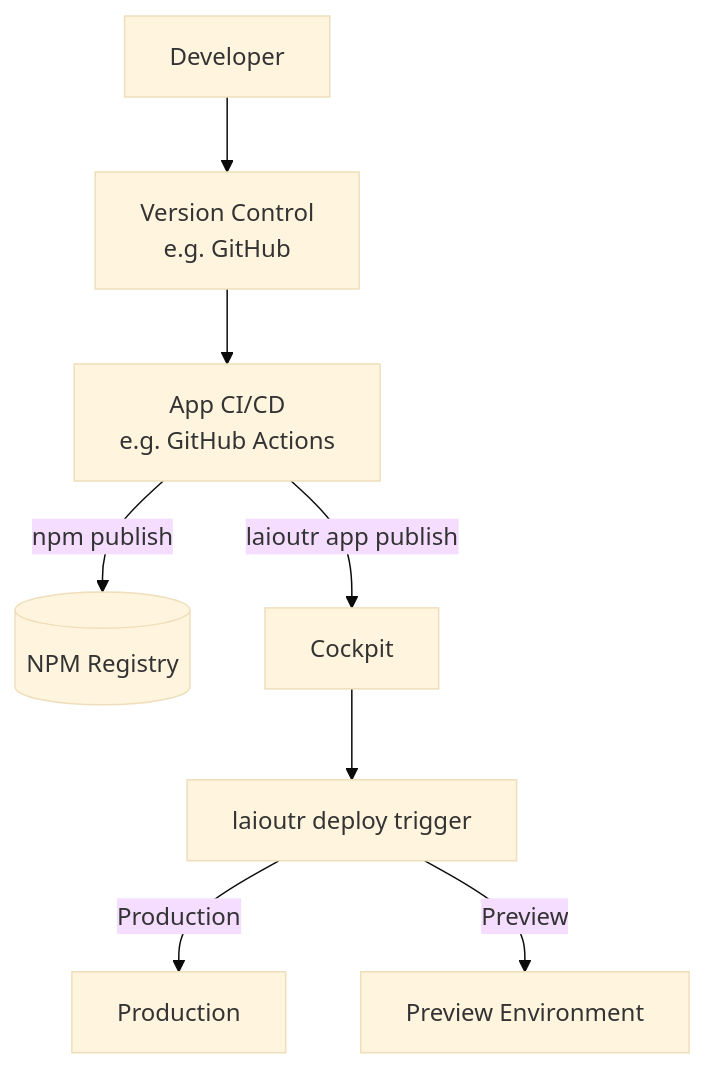
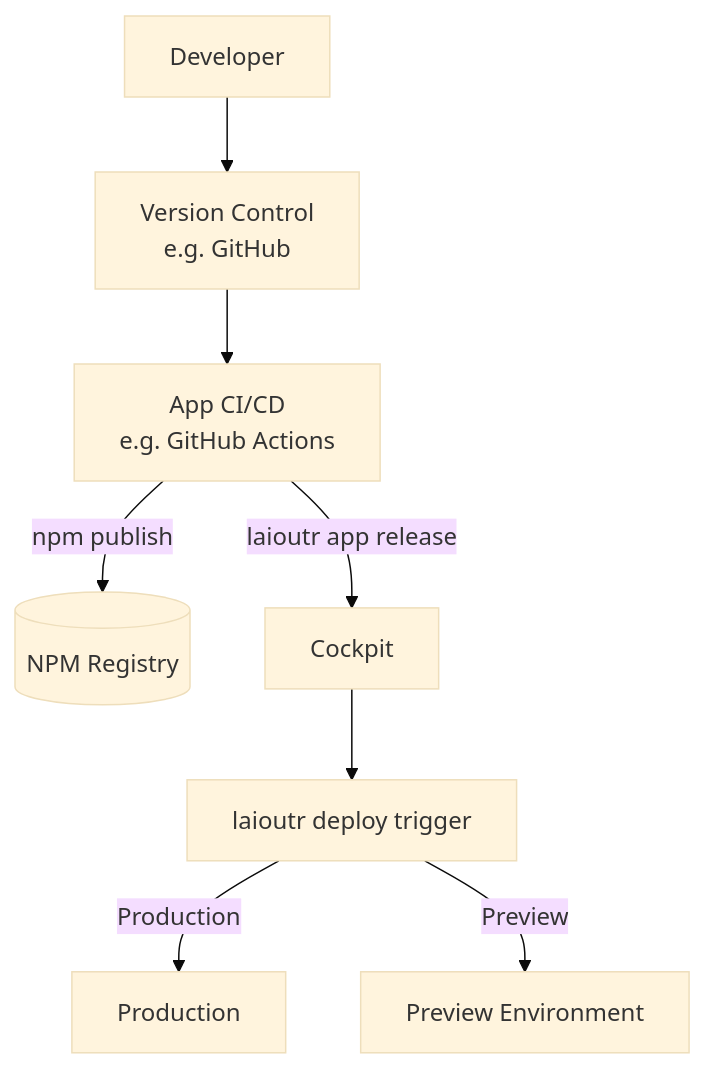
Before and after one commit to laioutr/docs: the diagram in content/0.getting-started/3.key-concepts/6.ci-cd-pipeline.md, drawn with Mermaid (base theme). The commit also changed other lines of this file, not shown here.

````diff
--- a/content/0.getting-started/3.key-concepts/6.ci-cd-pipeline.md
+++ b/content/0.getting-started/3.key-concepts/6.ci-cd-pipeline.md
@@ -26,10 +26,10 @@
 ```mermaid
 flowchart TD
   Dev[Developer] --> VCS[Version Control<br/>e.g. GitHub]
   VCS --> CI[App CI/CD<br/>e.g. GitHub Actions]
   CI -->|npm publish| Registry[(NPM Registry)]
-  CI -->|laioutr app publish| Cockpit[Cockpit]
+  CI -->|laioutr app release| Cockpit[Cockpit]
   Cockpit --> Deploy[laioutr deploy trigger]
   Deploy -->|Production| Production[Production]
   Deploy -->|Preview| Preview[Preview Environment]
 ```
````
